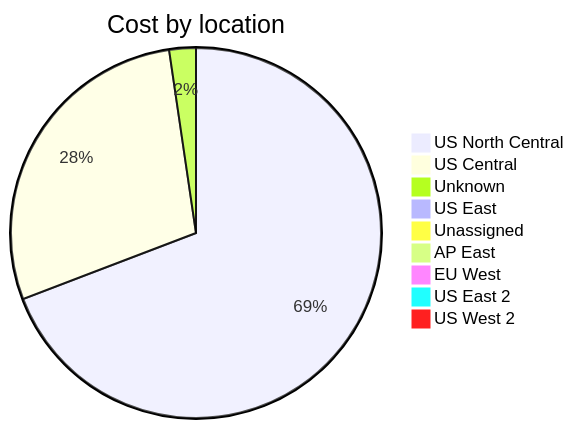
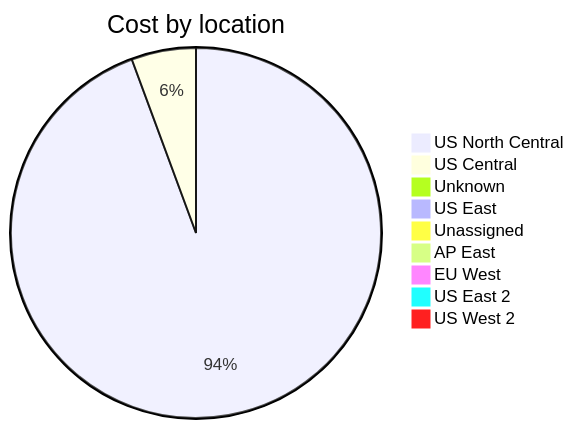
Before and after one commit to jpfulton/azure-personal-reports: the third of 4 diagrams in cost-reports/accumulated-cost.md, drawn with Mermaid. The commit also changed other lines of this file and 4 other files, not shown here.

````diff
--- a/cost-reports/accumulated-cost.md
+++ b/cost-reports/accumulated-cost.md
@@ -131,13 +131,13 @@
 ```mermaid
 pie
    title Cost by location
-   "US North Central" : 15.77
-   "US Central" : 6.49
+   "US North Central" : 109.02
+   "US Central" : 6.51
    "Unknown" : 0.53
    "US East" : 0.11
    "Unassigned" : 0.10
    "AP East" : 0.00
    "EU West" : 0.00
    "US East 2" : 0.00
    "US West 2" : 0.00
 ```
````
